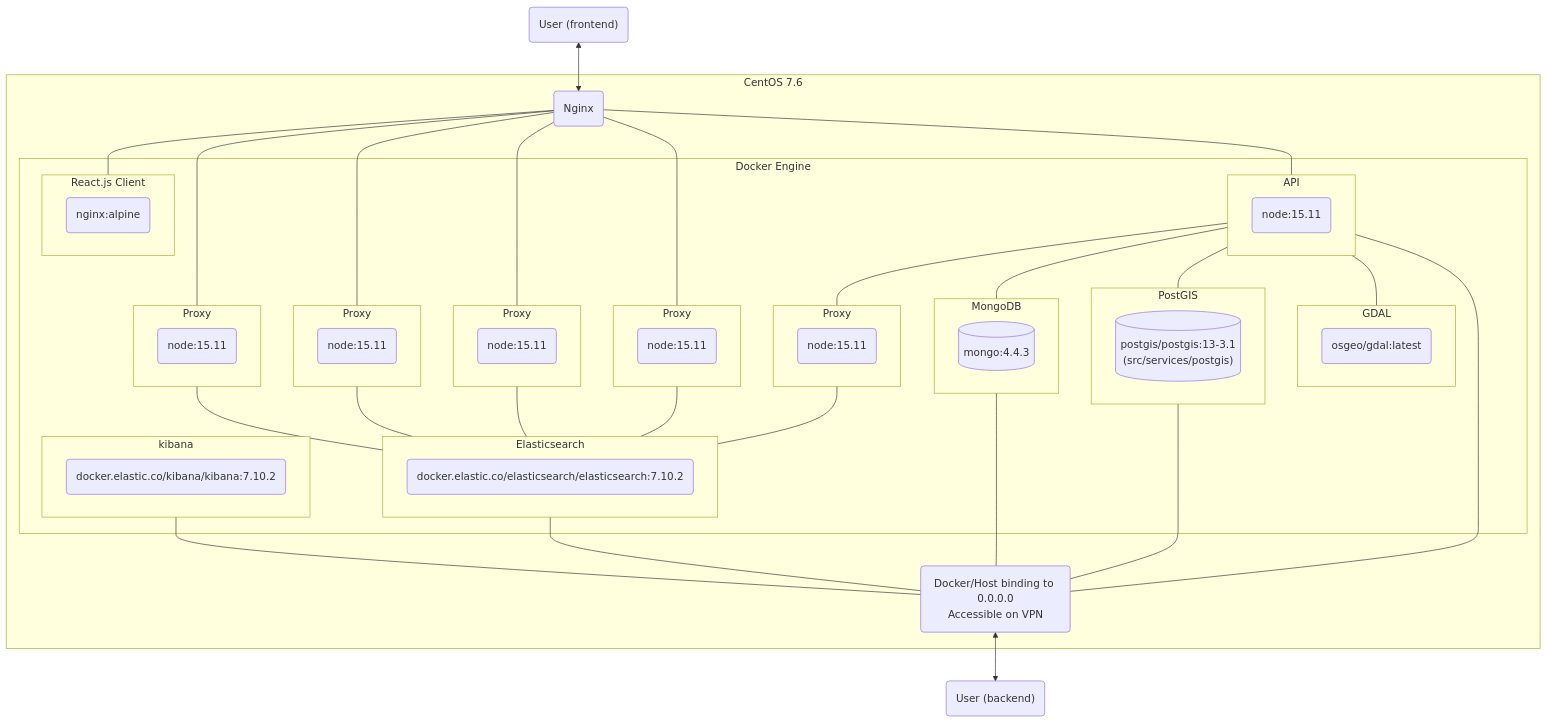
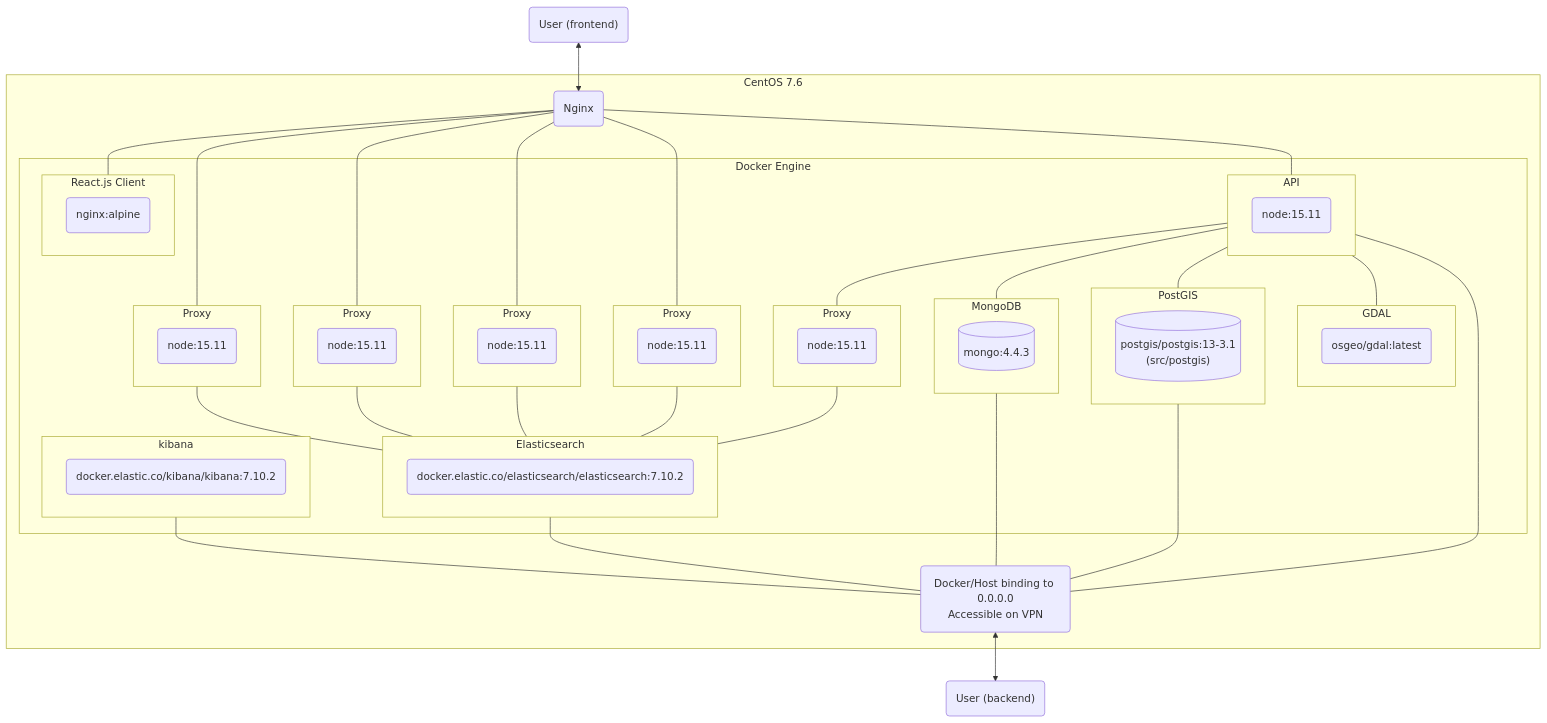
The diagram in diagrams/src/deployment-view.mmd (SAEON/data-portal), drawn with Mermaid before and after one commit. The commit also changed 627 other files, not shown here.

```diff
--- a/diagrams/src/deployment-view.mmd
+++ b/diagrams/src/deployment-view.mmd
@@ -1,78 +1,78 @@
 flowchart TD
 
     User("User (frontend)") <--> nginx
 
     %% CentOS boundary
     subgraph CentOS_boundary ["CentOS 7.6"]
 
         nginx(Nginx)
         nginx --- client_container
         nginx --- proxy_container_2
         nginx --- proxy_container_3
         nginx --- proxy_container_4
         nginx --- proxy_container_5
         proxy_container_2 --- es_container
         proxy_container_3 --- es_container
         proxy_container_4 --- es_container
         proxy_container_5 --- es_container
         nginx --- api_container
 
         %% Docker Engine boundary
         subgraph Docker_boundary ["Docker Engine"]
 
             %% Docker container boundaries
             subgraph client_container [React.js Client]
                 client("nginx:alpine")
             end
             subgraph api_container [API]
                 api("node:15.11")
             end
             subgraph proxy_container_1 [Proxy]
                 ClientProxy1("node:15.11")
             end     
             subgraph proxy_container_2 [Proxy]
                 ClientProxy2("node:15.11")
             end     
             subgraph proxy_container_3 [Proxy]
                 ClientProxy3("node:15.11")
             end    
             subgraph proxy_container_4 [Proxy]
                 ClientProxy4("node:15.11")
             end
             subgraph proxy_container_5 [Proxy]
                 ApiProxy("node:15.11")
             end
             subgraph es_container ["Elasticsearch"]
                 Elasticsearch(docker.elastic.co/elasticsearch/elasticsearch:7.10.2)
             end
             subgraph kibana_container[kibana]
                 Kibana("docker.elastic.co/kibana/kibana:7.10.2")
             end
             subgraph mongo_container [MongoDB]
                 Mongo[("mongo:4.4.3")]
             end    
             subgraph postgis_container [PostGIS]
-                PostGIS[("postgis/postgis:13-3.1<br />(src/services/postgis)")]
+                PostGIS[("postgis/postgis:13-3.1<br />(src/postgis)")]
             end
             subgraph gdal_container [GDAL]
                 GDAL("osgeo/gdal:latest")
             end
 
             %% Topology
             api_container --- proxy_container_1
             proxy_container_1 --- es_container
             api_container --- mongo_container
             api_container --- postgis_container
             api_container --- gdal_container
 
         end
             
         docker_interface("Docker/Host binding to 0.0.0.0<br />Accessible on VPN")
         api_container --- docker_interface
         mongo_container ---- docker_interface
         postgis_container ---- docker_interface
         es_container --- docker_interface
         kibana_container --- docker_interface
     end
 
     docker_interface <--> User2("User (backend)")
```
